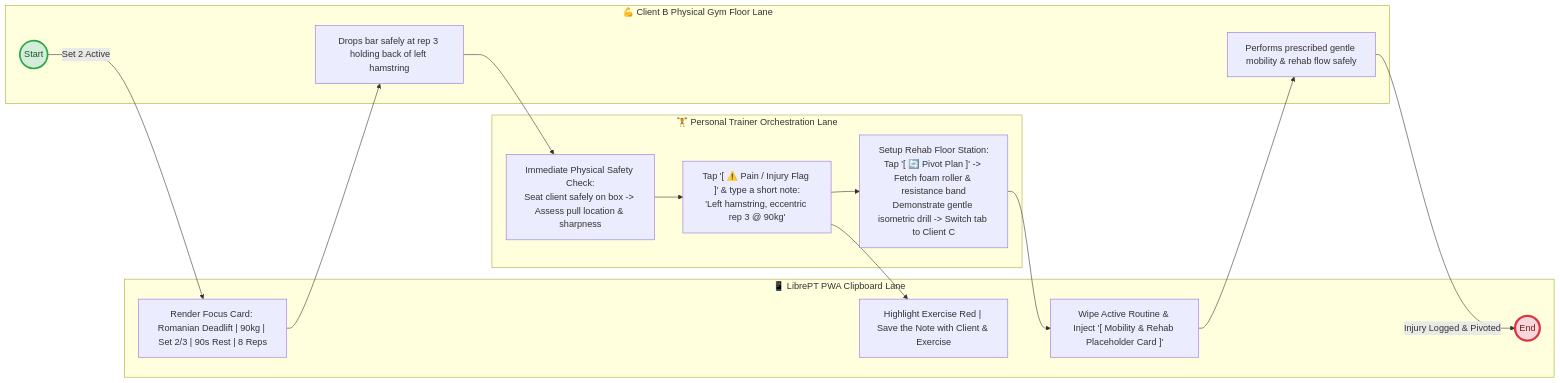
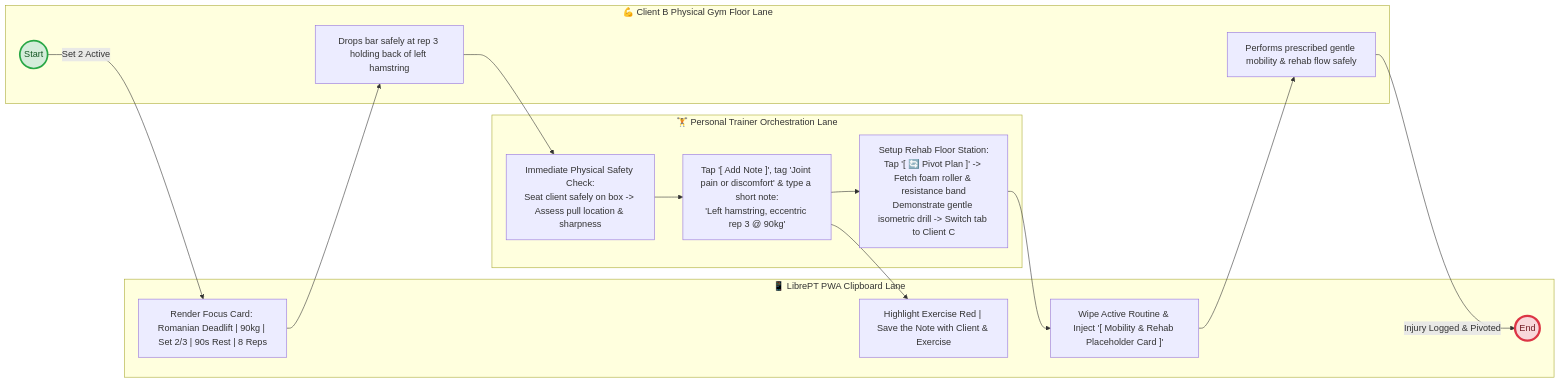
The fourth of 4 diagrams in use_cases/uc1_gym_floor_clipboard.md (stutek/LibrePT), drawn with Mermaid before and after one commit. The commit also changed other lines of this file and 11 other files, not shown here.

````diff
--- a/use_cases/uc1_gym_floor_clipboard.md
+++ b/use_cases/uc1_gym_floor_clipboard.md
@@ -144,34 +144,34 @@
 ```mermaid
 graph LR
     subgraph PWALane ["📱 LibrePT PWA Clipboard Lane"]
         PWA41["Render Focus Card: Romanian Deadlift | 90kg | Set 2/3 | 90s Rest | 8 Reps"]
         PWA42["Highlight Exercise Red | Save the Note with Client & Exercise"]
         PWA43["Wipe Active Routine & Inject '[ Mobility & Rehab Placeholder Card ]'"]
         End4(("End"))
     end
 
     subgraph TrainerLane ["🏋️ Personal Trainer Orchestration Lane"]
         T41["Immediate Physical Safety Check:<br/>Seat client safely on box -> Assess pull location & sharpness"]
-        T42["Tap '[ ⚠️ Pain / Injury Flag ]' & type a short note:<br/>'Left hamstring, eccentric rep 3 @ 90kg'"]
+        T42["Tap '[ Add Note ]', tag 'Joint pain or discomfort' & type a short note:<br/>'Left hamstring, eccentric rep 3 @ 90kg'"]
         T43["Setup Rehab Floor Station:<br/>Tap '[ 🔄 Pivot Plan ]' -> Fetch foam roller & resistance band<br/>Demonstrate gentle isometric drill -> Switch tab to Client C"]
     end
 
     subgraph ClientLane ["💪 Client B Physical Gym Floor Lane"]
         Start4(("Start"))
         CB41["Drops bar safely at rep 3 holding back of left hamstring"]
         CB42["Performs prescribed gentle mobility & rehab flow safely"]
     end
 
     Start4 -- "Set 2 Active" --> PWA41
     PWA41 --> CB41
     CB41 --> T41
     T41 --> T42
     T42 --> PWA42
     T42 --> T43
     T43 --> PWA43
     PWA43 --> CB42
     CB42 -- "Injury Logged & Pivoted" --> End4
 
     style Start4 fill:#d4edda,stroke:#28a745,stroke-width:3px,color:#155724
     style End4 fill:#f8d7da,stroke:#dc3545,stroke-width:4px,color:#721c24
 ```
````
